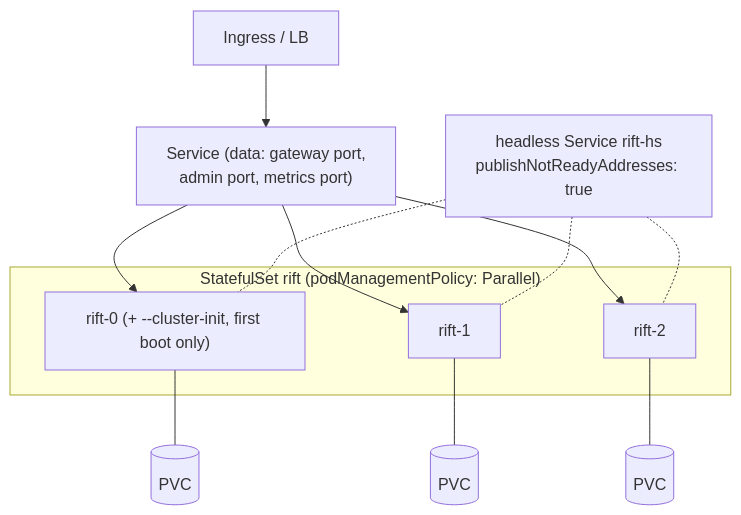
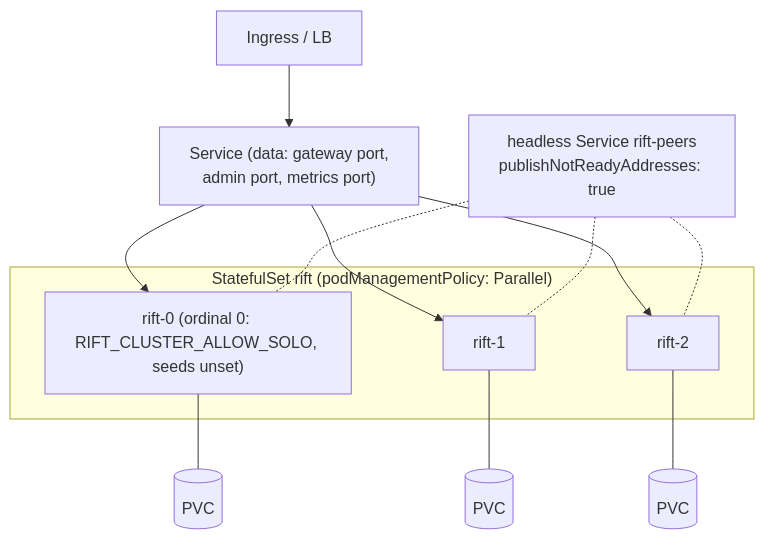
Before and after one commit to achird-labs/rift-cluster: the diagram in docs/architecture/10-operations.md, drawn with Mermaid. The commit also changed other lines of this file and 71 other files, not shown here.

````diff
--- a/docs/architecture/10-operations.md
+++ b/docs/architecture/10-operations.md
@@ -51,14 +61,14 @@
 ```mermaid
 flowchart TB
     ING[Ingress / LB] --> SVC["Service (data: gateway port,<br/>admin port, metrics port)"]
     SVC --> P0 & P1 & P2
     subgraph STS["StatefulSet rift (podManagementPolicy: Parallel)"]
-        P0["rift-0 (+ --cluster-init, first boot only)"]
+        P0["rift-0 (ordinal 0: RIFT_CLUSTER_ALLOW_SOLO, seeds unset)"]
         P1[rift-1]
         P2[rift-2]
     end
-    HS["headless Service rift-hs<br/>publishNotReadyAddresses: true"] -.- P0 & P1 & P2
+    HS["headless Service rift-peers<br/>publishNotReadyAddresses: true"] -.- P0 & P1 & P2
     P0 --- V0[(PVC)]
     P1 --- V1[(PVC)]
     P2 --- V2[(PVC)]
 ```
````
